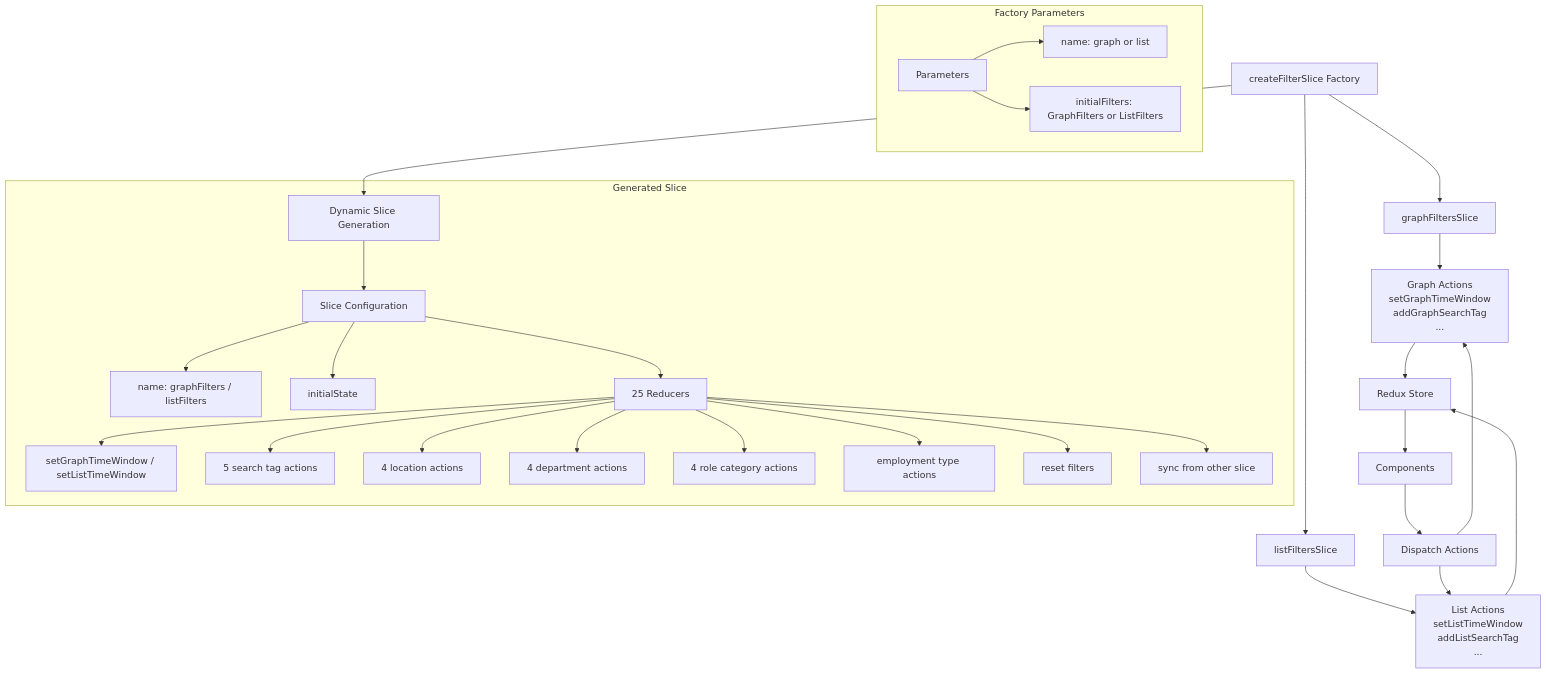
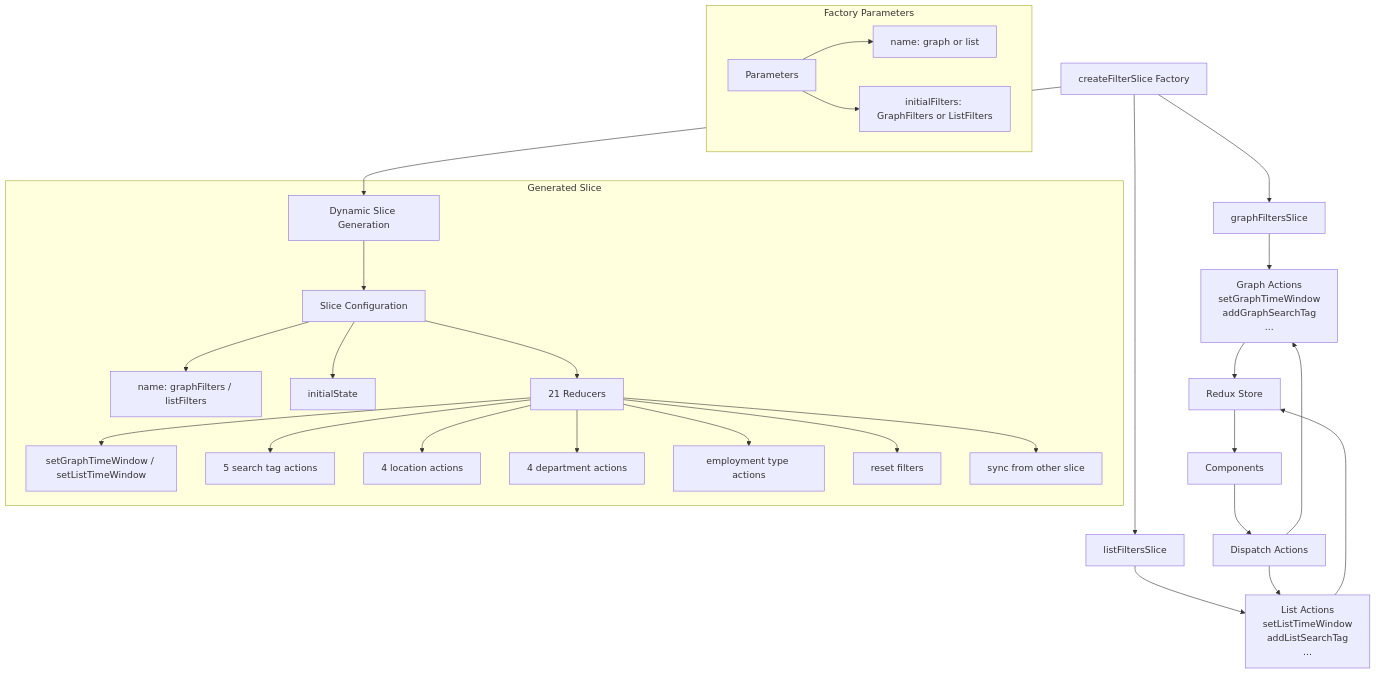
The fourth of 8 diagrams in docs/architecture.md (brendanpotter00/Job-Visualizer-Notifier), drawn with Mermaid before and after one commit. The commit also changed other lines of this file and 1 other file, not shown here.

````diff
--- a/docs/architecture.md
+++ b/docs/architecture.md
@@ -219,42 +223,41 @@
 ```mermaid
 graph TB
     Factory[createFilterSlice Factory]
 
     subgraph "Factory Parameters"
         Params[Parameters]
         Params --> SliceName[name: graph or list]
         Params --> InitialState[initialFilters: GraphFilters or ListFilters]
     end
 
     Factory --> DynamicSlice[Dynamic Slice Generation]
 
     subgraph "Generated Slice"
         DynamicSlice --> SliceConfig[Slice Configuration]
         SliceConfig --> StateName[name: graphFilters / listFilters]
         SliceConfig --> State[initialState]
-        SliceConfig --> Reducers[25 Reducers]
+        SliceConfig --> Reducers[21 Reducers]
 
         Reducers --> TimeWindow[setGraphTimeWindow / setListTimeWindow]
         Reducers --> SearchTags[5 search tag actions]
         Reducers --> Locations[4 location actions]
         Reducers --> Departments[4 department actions]
-        Reducers --> RoleCategory[4 role category actions]
         Reducers --> Employment[employment type actions]
         Reducers --> Reset[reset filters]
         Reducers --> Sync[sync from other slice]
     end
 
     Factory --> GraphSlice[graphFiltersSlice]
     Factory --> ListSlice[listFiltersSlice]
 
     GraphSlice --> GraphActions[Graph Actions<br/>setGraphTimeWindow<br/>addGraphSearchTag<br/>...]
     ListSlice --> ListActions[List Actions<br/>setListTimeWindow<br/>addListSearchTag<br/>...]
 
     GraphActions --> Store[Redux Store]
     ListActions --> Store
 
     Store --> Components[Components]
     Components --> Dispatch[Dispatch Actions]
     Dispatch --> GraphActions
     Dispatch --> ListActions
 ```
````
